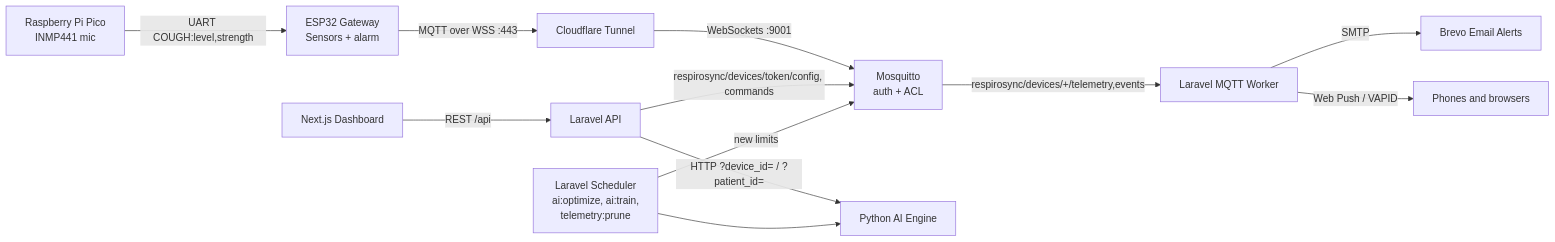
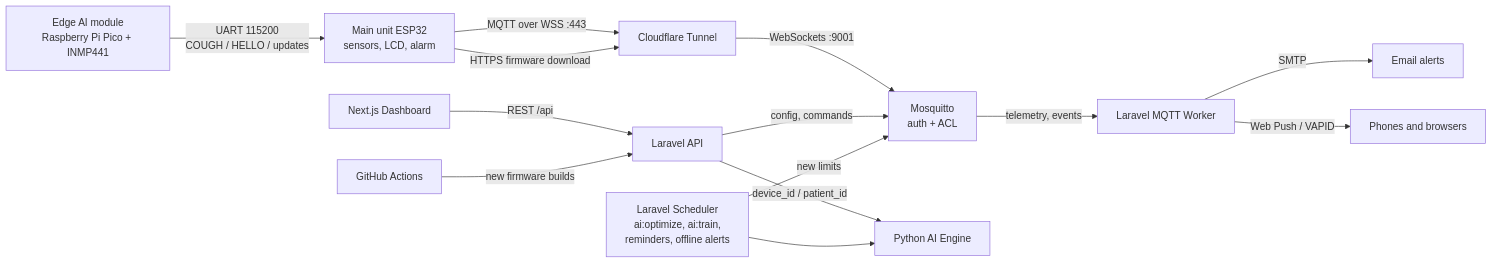
The diagram in README.md (anake-an/asthma-monitoring-system), drawn with Mermaid before and after one commit. The commit also changed other lines of this file, not shown here.

````diff
--- a/README.md
+++ b/README.md
@@ -55,14 +75,16 @@
 ```mermaid
 graph LR
-    Pico[Raspberry Pi Pico\nINMP441 mic] -- UART COUGH:level,strength --> ESP32[ESP32 Gateway\nSensors + alarm]
+    Pico[Edge AI module\nRaspberry Pi Pico + INMP441] -- UART 115200\nCOUGH / HELLO / updates --> ESP32[Main unit ESP32\nsensors, LCD, alarm]
     ESP32 -- MQTT over WSS :443 --> Cloudflare[Cloudflare Tunnel]
     Cloudflare -- WebSockets :9001 --> Mosquitto[Mosquitto\nauth + ACL]
-    Mosquitto -- respirosync/devices/+/telemetry,events --> Worker[Laravel MQTT Worker]
-    API[Laravel API] -- respirosync/devices/token/config, commands --> Mosquitto
+    Mosquitto -- telemetry, events --> Worker[Laravel MQTT Worker]
+    API[Laravel API] -- config, commands --> Mosquitto
     NextJS[Next.js Dashboard] -- REST /api --> API
-    API -- HTTP ?device_id= / ?patient_id= --> Python[Python AI Engine]
-    Scheduler[Laravel Scheduler\nai:optimize, ai:train,\ntelemetry:prune] --> Python
+    ESP32 -- HTTPS firmware download --> Cloudflare
+    API -- device_id / patient_id --> Python[Python AI Engine]
+    Scheduler[Laravel Scheduler\nai:optimize, ai:train,\nreminders, offline alerts] --> Python
     Scheduler -- new limits --> Mosquitto
-    Worker -- SMTP --> Brevo[Brevo Email Alerts]
+    Worker -- SMTP --> Brevo[Email alerts]
     Worker -- Web Push / VAPID --> Push[Phones and browsers]
+    CI[GitHub Actions] -- new firmware builds --> API
 ```
````
